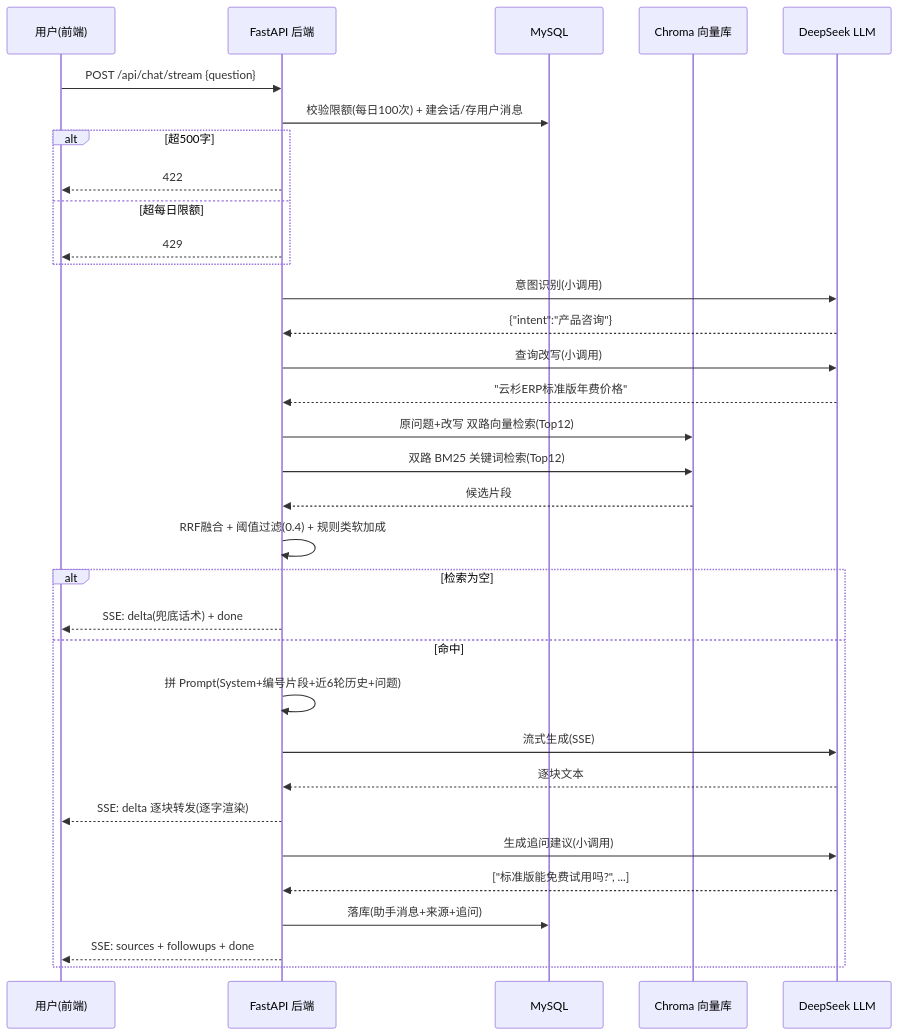
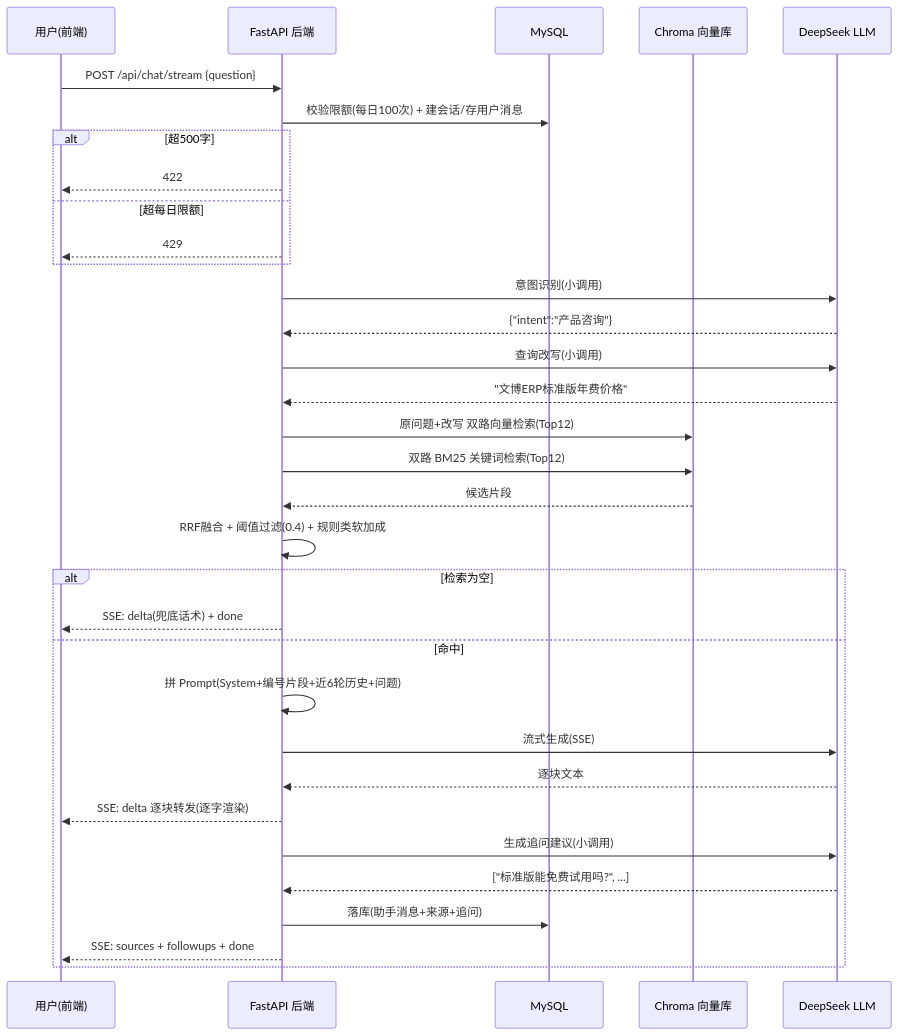
One commit to BingSeChuan/haici-ai-customer-service changed the first of 4 diagrams in docs/业务流程说明.md. Above: the diagram before and after it, drawn with Mermaid. The commit also changed 21 other files, not shown here.

````diff
--- a/docs/业务流程说明.md
+++ b/docs/业务流程说明.md
@@ -5,36 +5,36 @@
 ```mermaid
 sequenceDiagram
     participant U as 用户(前端)
     participant F as FastAPI 后端
     participant M as MySQL
     participant V as Chroma 向量库
     participant L as DeepSeek LLM
 
     U->>F: POST /api/chat/stream {question}
     F->>M: 校验限额(每日100次) + 建会话/存用户消息
     alt 超500字
         F-->>U: 422
     else 超每日限额
         F-->>U: 429
     end
     F->>L: 意图识别(小调用)
     L-->>F: {"intent":"产品咨询"}
     F->>L: 查询改写(小调用)
-    L-->>F: "云杉ERP标准版年费价格"
+    L-->>F: "文博ERP标准版年费价格"
     F->>V: 原问题+改写 双路向量检索(Top12)
     F->>V: 双路 BM25 关键词检索(Top12)
     V-->>F: 候选片段
     F->>F: RRF融合 + 阈值过滤(0.4) + 规则类软加成
     alt 检索为空
         F-->>U: SSE: delta(兜底话术) + done
     else 命中
         F->>F: 拼 Prompt(System+编号片段+近6轮历史+问题)
         F->>L: 流式生成(SSE)
         L-->>F: 逐块文本
         F-->>U: SSE: delta 逐块转发(逐字渲染)
         F->>L: 生成追问建议(小调用)
         L-->>F: ["标准版能免费试用吗?", ...]
         F->>M: 落库(助手消息+来源+追问)
         F-->>U: SSE: sources + followups + done
     end
 ```
````
